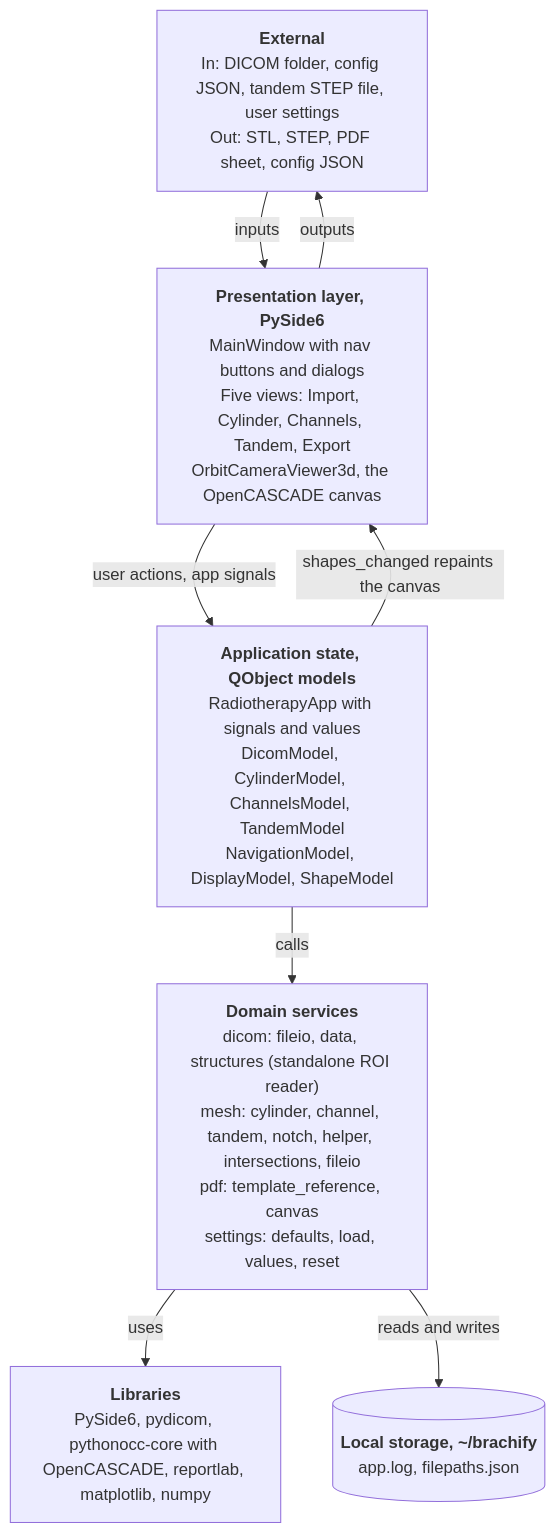
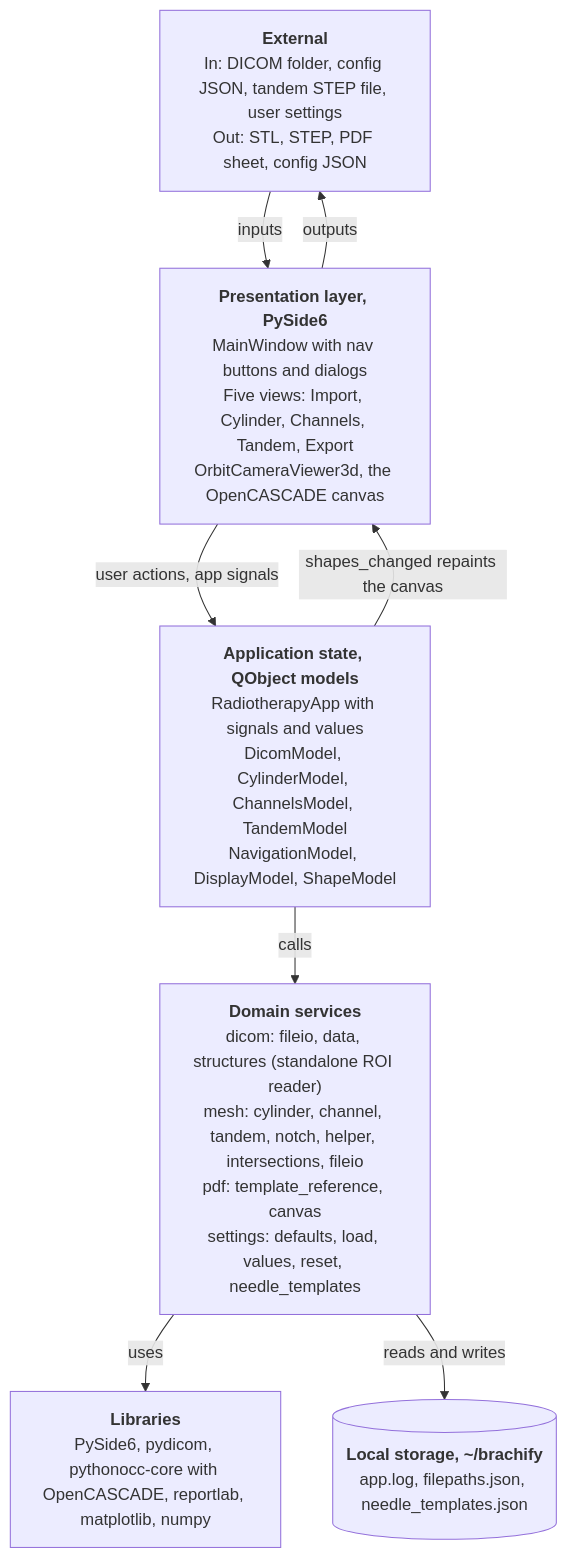
Before and after one commit to COSC-499-W2026/capstone-project-team-10: the diagram in docs/architecture/diagrams/system-architecture.mmd, drawn with Mermaid. The commit also changed 2 other files, not shown here.

Commit message:
docs: name needle_templates in the system architecture diagram

```diff
--- a/docs/architecture/diagrams/system-architecture.mmd
+++ b/docs/architecture/diagrams/system-architecture.mmd
@@ -1,17 +1,17 @@
 %% title: System architecture
 %% alt: System architecture of brachify, a layered desktop application with a presentation layer, application state, domain services, third party libraries and local storage
 flowchart TB
   ext["<b>External</b><br/>In: DICOM folder, config JSON, tandem STEP file, user settings<br/>Out: STL, STEP, PDF sheet, config JSON"]
   pres["<b>Presentation layer, PySide6</b><br/>MainWindow with nav buttons and dialogs<br/>Five views: Import, Cylinder, Channels, Tandem, Export<br/>OrbitCameraViewer3d, the OpenCASCADE canvas"]
   state["<b>Application state, QObject models</b><br/>RadiotherapyApp with signals and values<br/>DicomModel, CylinderModel, ChannelsModel, TandemModel<br/>NavigationModel, DisplayModel, ShapeModel"]
-  domain["<b>Domain services</b><br/>dicom: fileio, data, structures (standalone ROI reader)<br/>mesh: cylinder, channel, tandem, notch, helper, intersections, fileio<br/>pdf: template_reference, canvas<br/>settings: defaults, load, values, reset"]
+  domain["<b>Domain services</b><br/>dicom: fileio, data, structures (standalone ROI reader)<br/>mesh: cylinder, channel, tandem, notch, helper, intersections, fileio<br/>pdf: template_reference, canvas<br/>settings: defaults, load, values, reset, needle_templates"]
   lib["<b>Libraries</b><br/>PySide6, pydicom, pythonocc-core with OpenCASCADE, reportlab, matplotlib, numpy"]
-  disk[("<b>Local storage, ~/brachify</b><br/>app.log, filepaths.json")]
+  disk[("<b>Local storage, ~/brachify</b><br/>app.log, filepaths.json, needle_templates.json")]
 
   ext -->|"inputs"| pres
   pres -->|"outputs"| ext
   pres -->|"user actions, app signals"| state
   state -->|"shapes_changed repaints the canvas"| pres
   state -->|"calls"| domain
   domain -->|"uses"| lib
   domain -->|"reads and writes"| disk
```
